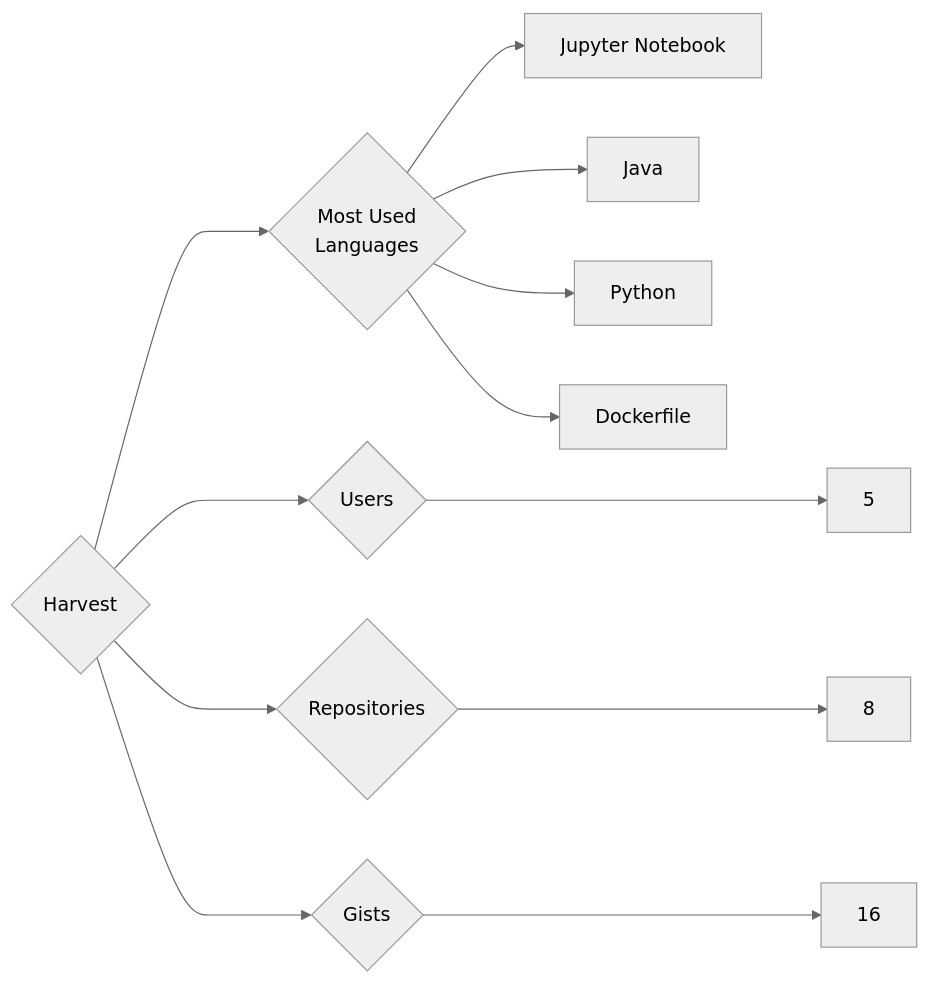
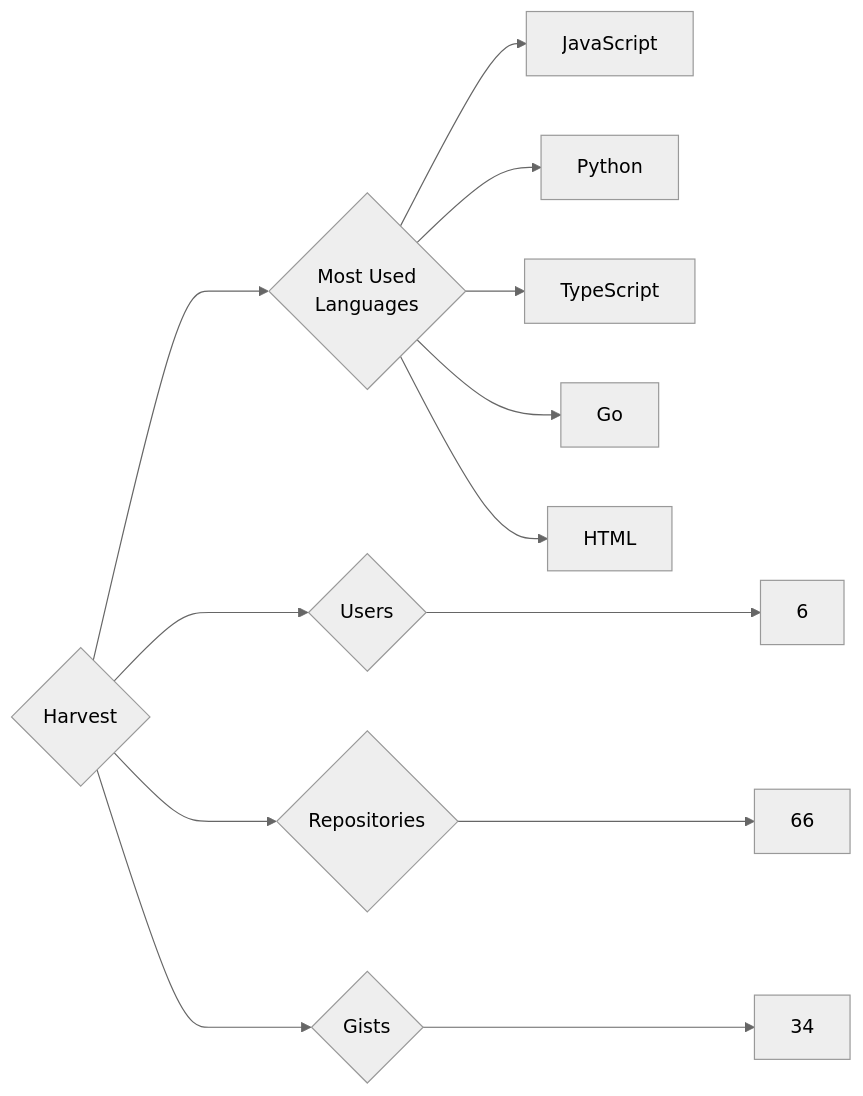
One commit to trickest/insiders changed the diagram in targets/Harvest/README.md. Above: the diagram before and after it, drawn with Mermaid (neutral theme). The commit also changed 1003 other files, not shown here.

````diff
--- a/targets/Harvest/README.md
+++ b/targets/Harvest/README.md
@@ -3,12 +3,13 @@
 ```mermaid
 graph LR
 COMPANY_NAME{Harvest}
-COMPANY_NAME ---> U{Users} ---> UN[5]
-COMPANY_NAME ---> R{Repositories} ---> RN[8]
-COMPANY_NAME ---> G{Gists} ---> GN[16]
+COMPANY_NAME ---> U{Users} ---> UN[6]
+COMPANY_NAME ---> R{Repositories} ---> RN[66]
+COMPANY_NAME ---> G{Gists} ---> GN[34]
 COMPANY_NAME ---> ML{Most Used<br>Languages}
-ML --> Jupyter_Notebook[Jupyter Notebook]
-ML --> Java[Java]
+ML --> JavaScript[JavaScript]
 ML --> Python[Python]
-ML --> Dockerfile[Dockerfile]
+ML --> TypeScript[TypeScript]
+ML --> Go[Go]
+ML --> HTML[HTML]
 ```
````
